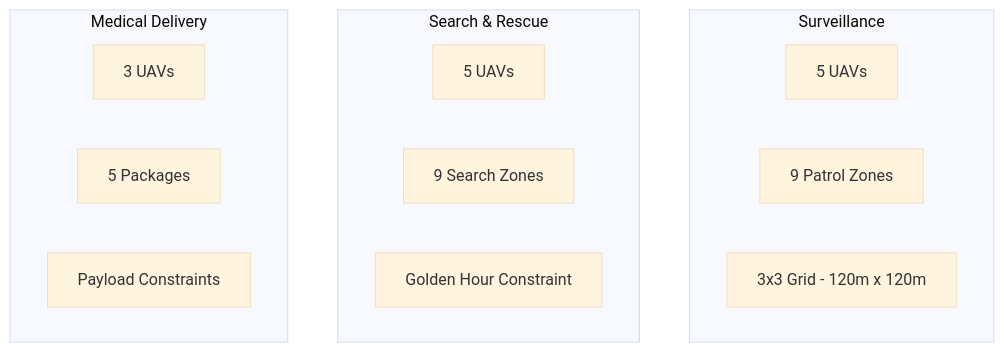
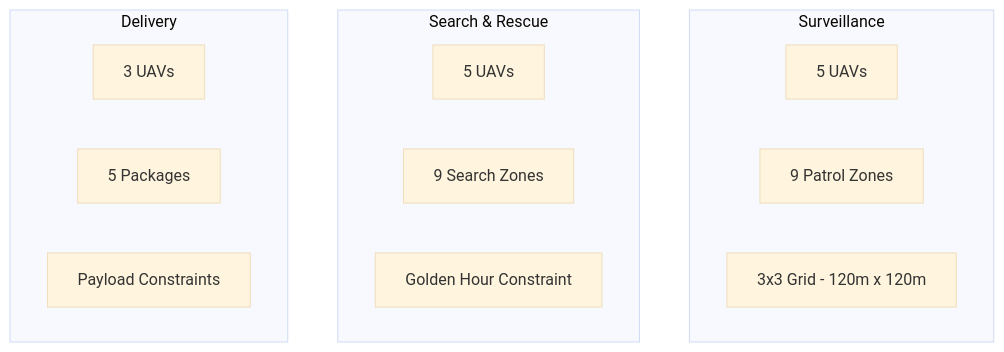
One commit to vriez/multi_uav_ooda_system changed the third of 5 diagrams in README.md. Above: the diagram before and after it, drawn with Mermaid (base theme). The commit also changed other lines of this file and 42 other files, not shown here.

````diff
--- a/README.md
+++ b/README.md
@@ -97,20 +93,20 @@
 ```mermaid
 graph TD
     subgraph S["Surveillance"]
         S1[5 UAVs]
         S2[9 Patrol Zones]
         S3[3x3 Grid - 120m x 120m]
     end
 
     subgraph R["Search & Rescue"]
         R1[5 UAVs]
         R2[9 Search Zones]
         R3[Golden Hour Constraint]
     end
 
-    subgraph D["Medical Delivery"]
+    subgraph D["Delivery"]
         D1[3 UAVs]
         D2[5 Packages]
         D3[Payload Constraints]
     end
 ```
````
